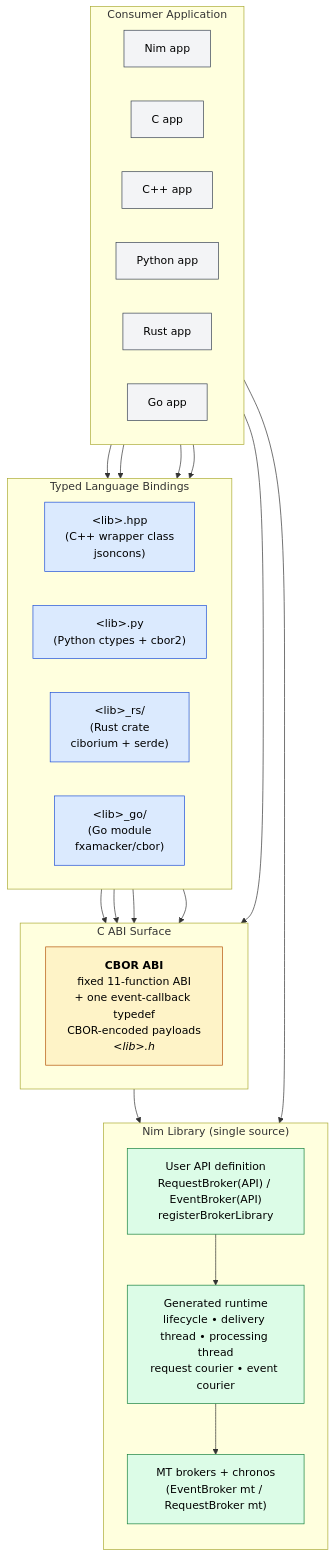
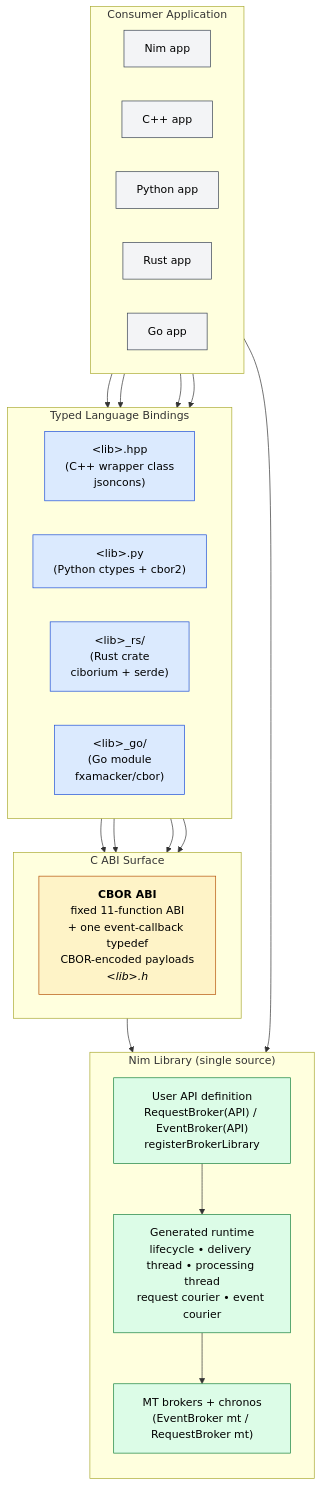
The first of 4 diagrams in doc/FFI_API.md (NagyZoltanPeter/nim-brokers), drawn with Mermaid before and after one commit. The commit also changed other lines of this file, not shown here.

````diff
--- a/doc/FFI_API.md
+++ b/doc/FFI_API.md
@@ -155,56 +119,54 @@
 ```mermaid
 flowchart TB
     subgraph App["Consumer Application"]
         direction LR
         AppNim["Nim app"]
-        AppC["C app"]
         AppCpp["C++ app"]
         AppPy["Python app"]
         AppRs["Rust app"]
         AppGo["Go app"]
     end
 
     subgraph Wrappers["Typed Language Bindings"]
         direction LR
         WCpp["&lt;lib&gt;.hpp<br/>(C++ wrapper class<br/>jsoncons)"]
         WPy["&lt;lib&gt;.py<br/>(Python ctypes + cbor2)"]
         WRs["&lt;lib&gt;_rs/<br/>(Rust crate<br/>ciborium + serde)"]
         WGo["&lt;lib&gt;_go/<br/>(Go module<br/>fxamacker/cbor)"]
     end
 
     subgraph CABI["C ABI Surface"]
         direction LR
         Cbor["<b>CBOR ABI</b><br/>fixed 11-function ABI<br/>+ one event-callback typedef<br/>CBOR-encoded payloads<br/><i>&lt;lib&gt;.h</i>"]
     end
 
     subgraph Nim["Nim Library (single source)"]
         direction TB
         UserApi["User API definition<br/>RequestBroker(API) / EventBroker(API)<br/>registerBrokerLibrary"]
         Runtime["Generated runtime<br/>lifecycle • delivery thread • processing thread<br/>request courier • event courier"]
         Brokers["MT brokers + chronos<br/>(EventBroker mt / RequestBroker mt)"]
         UserApi --> Runtime --> Brokers
     end
 
     AppNim --> Brokers
-    AppC --> Cbor
     AppCpp --> WCpp
     AppPy --> WPy
     AppRs --> WRs
     AppGo --> WGo
 
     WCpp --> Cbor
     WPy --> Cbor
     WRs --> Cbor
     WGo --> Cbor
 
     Cbor --> Nim
 
     classDef abi fill:#fef3c7,stroke:#b45309,color:#000
     classDef wrap fill:#dbeafe,stroke:#1d4ed8,color:#000
     classDef nim fill:#dcfce7,stroke:#15803d,color:#000
     classDef app fill:#f3f4f6,stroke:#374151,color:#000
     class Cbor abi
     class WCpp,WPy,WRs,WGo wrap
     class UserApi,Runtime,Brokers nim
-    class AppNim,AppC,AppCpp,AppPy,AppRs,AppGo app
+    class AppNim,AppCpp,AppPy,AppRs,AppGo app
 ```
````
